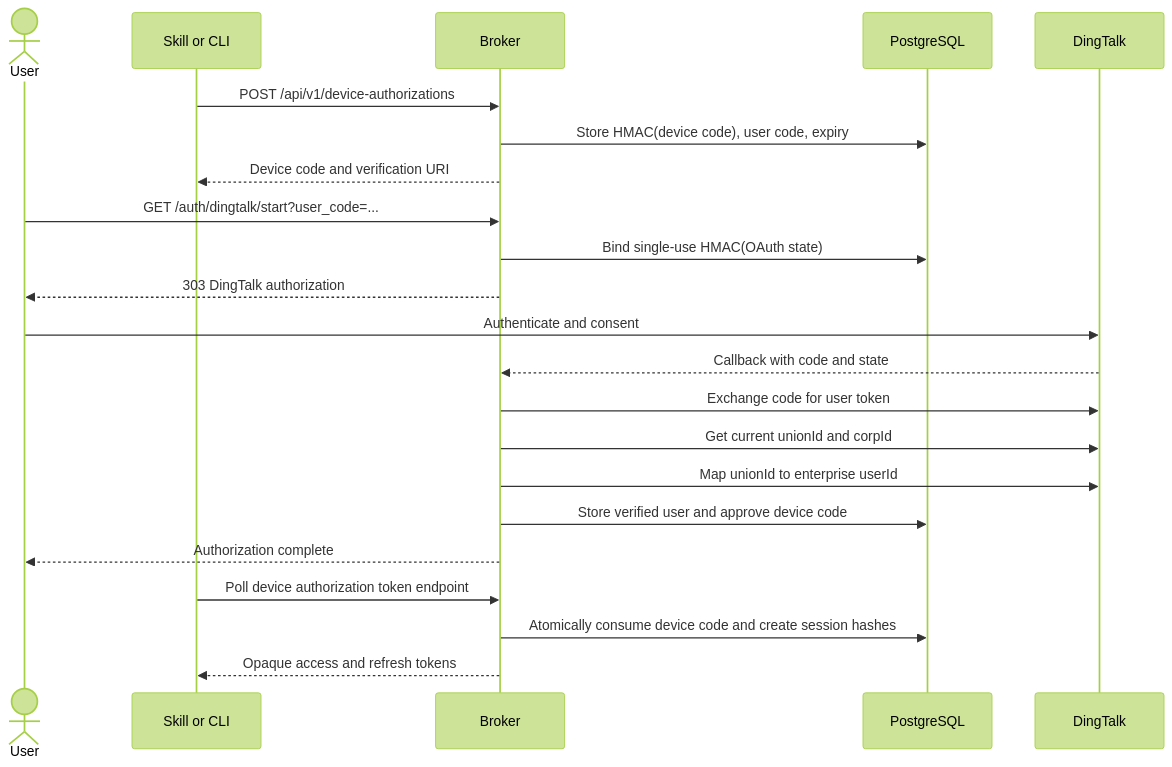
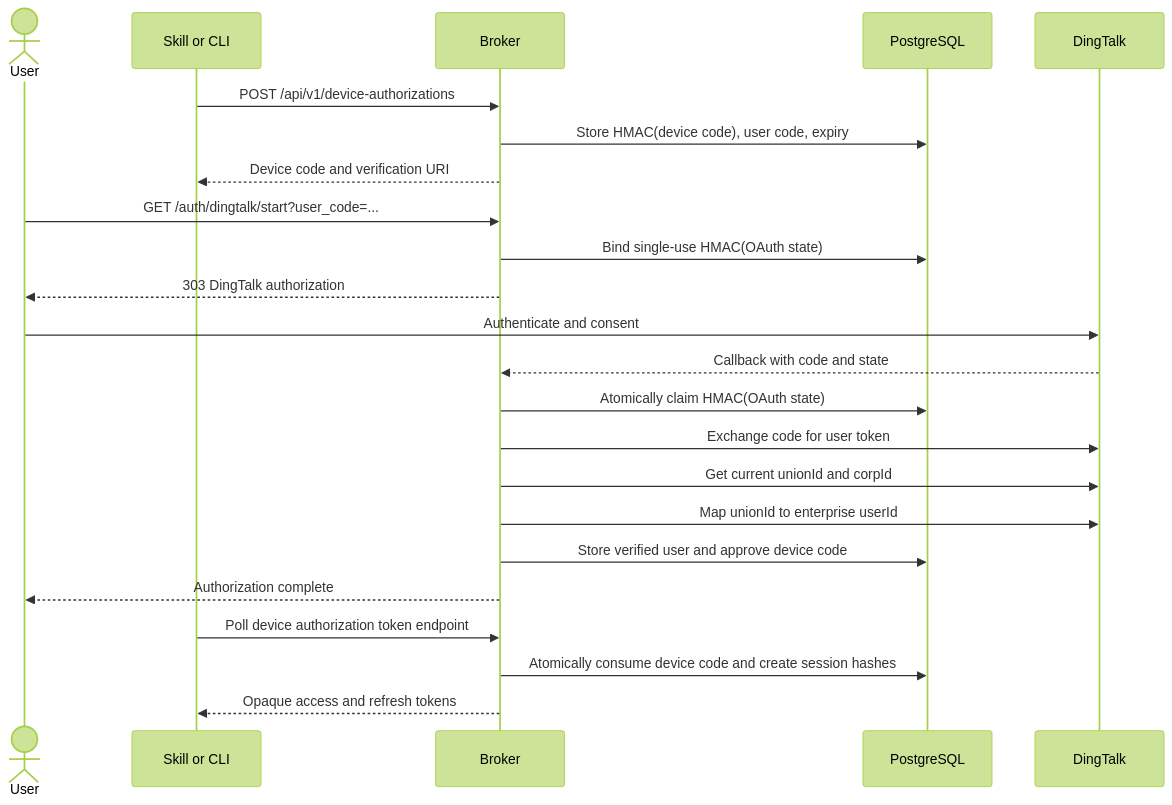
The second of 7 diagrams in docs/architecture.md (cdryzun/dingtalk-oa-attachment-broker), drawn with Mermaid (forest theme) before and after one commit. The commit also changed 6 other files, not shown here.

Commit message:
fix: claim OAuth state before upstream calls

````diff
--- a/docs/architecture.md
+++ b/docs/architecture.md
@@ -32,25 +32,26 @@
 ```mermaid
 sequenceDiagram
     actor User
     participant Client as Skill or CLI
     participant Broker
     participant DB as PostgreSQL
     participant DingTalk
 
     Client->>Broker: POST /api/v1/device-authorizations
     Broker->>DB: Store HMAC(device code), user code, expiry
     Broker-->>Client: Device code and verification URI
     User->>Broker: GET /auth/dingtalk/start?user_code=...
     Broker->>DB: Bind single-use HMAC(OAuth state)
     Broker-->>User: 303 DingTalk authorization
     User->>DingTalk: Authenticate and consent
     DingTalk-->>Broker: Callback with code and state
+    Broker->>DB: Atomically claim HMAC(OAuth state)
     Broker->>DingTalk: Exchange code for user token
     Broker->>DingTalk: Get current unionId and corpId
     Broker->>DingTalk: Map unionId to enterprise userId
     Broker->>DB: Store verified user and approve device code
     Broker-->>User: Authorization complete
     Client->>Broker: Poll device authorization token endpoint
     Broker->>DB: Atomically consume device code and create session hashes
     Broker-->>Client: Opaque access and refresh tokens
 ```
````
